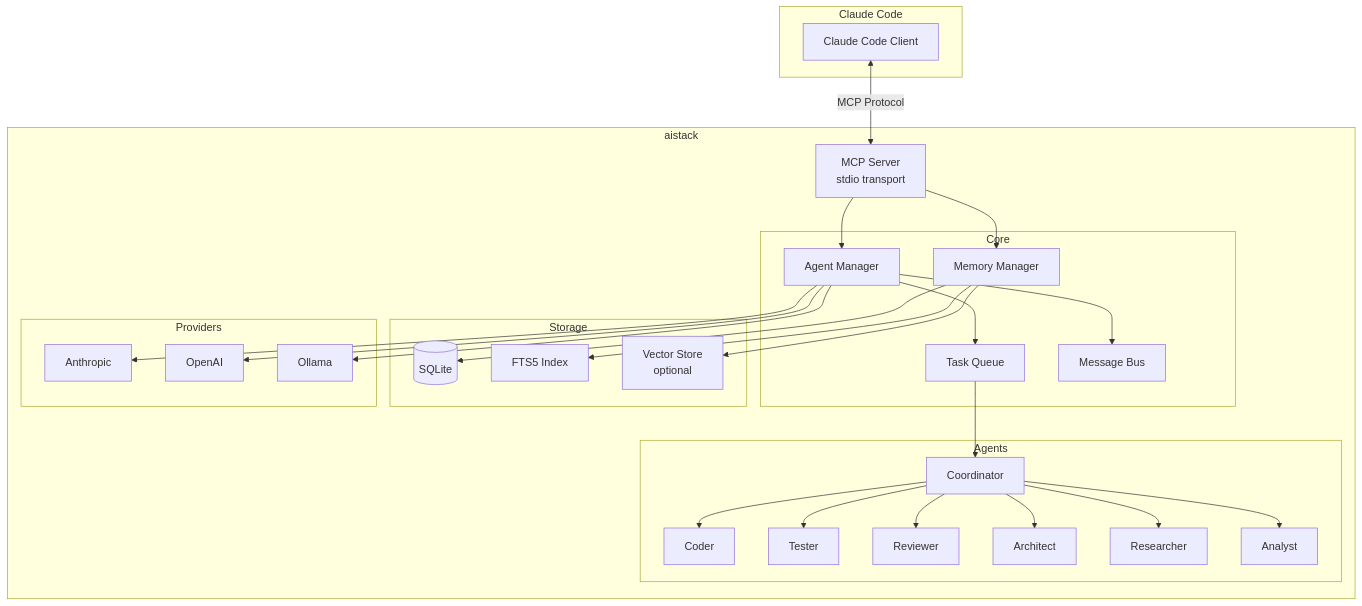
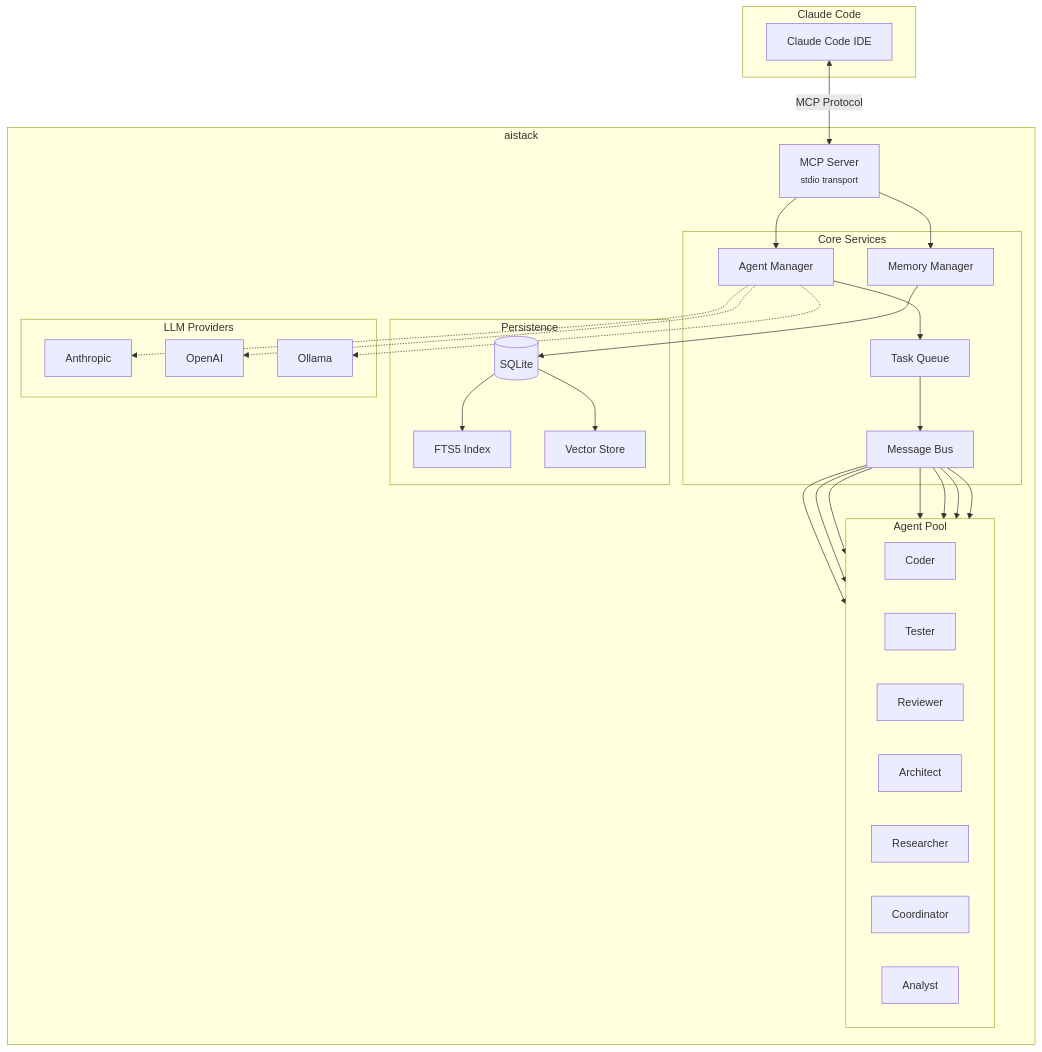
The first of 2 diagrams in README.md (blackms/aistack), drawn with Mermaid before and after one commit. The commit also changed other lines of this file, not shown here.

````diff
--- a/README.md
+++ b/README.md
@@ -65,58 +127,47 @@
 ```mermaid
 graph TB
     subgraph "Claude Code"
-        CC[Claude Code Client]
+        CC[Claude Code IDE]
     end
 
     subgraph "aistack"
-        MCP[MCP Server<br/>stdio transport]
+        MCP["MCP Server<br/><small>stdio transport</small>"]
 
-        subgraph "Core"
+        subgraph Core["Core Services"]
             AM[Agent Manager]
             MM[Memory Manager]
             TQ[Task Queue]
             MB[Message Bus]
         end
 
-        subgraph "Agents"
-            COORD[Coordinator]
-            CODER[Coder]
-            TEST[Tester]
-            REV[Reviewer]
-            ARCH[Architect]
-            RES[Researcher]
-            ANAL[Analyst]
+        subgraph Agents["Agent Pool"]
+            direction LR
+            A1[Coder]
+            A2[Tester]
+            A3[Reviewer]
+            A4[Architect]
+            A5[Researcher]
+            A6[Coordinator]
+            A7[Analyst]
         end
 
-        subgraph "Storage"
+        subgraph Storage["Persistence"]
             SQL[(SQLite)]
             FTS[FTS5 Index]
-            VEC[Vector Store<br/>optional]
+            VEC[Vector Store]
         end
 
-        subgraph "Providers"
+        subgraph Providers["LLM Providers"]
             ANT[Anthropic]
             OAI[OpenAI]
             OLL[Ollama]
         end
     end
 
-    CC <-->|MCP Protocol| MCP
-    MCP --> AM
-    MCP --> MM
-    AM --> TQ
-    AM --> MB
-    TQ --> COORD
-    COORD --> CODER
-    COORD --> TEST
-    COORD --> REV
-    COORD --> ARCH
-    COORD --> RES
-    COORD --> ANAL
-    MM --> SQL
-    MM --> FTS
-    MM --> VEC
-    AM --> ANT
-    AM --> OAI
-    AM --> OLL
+    CC <-->|"MCP Protocol"| MCP
+    MCP --> AM & MM
+    AM --> TQ --> MB
+    MB --> A1 & A2 & A3 & A4 & A5 & A6 & A7
+    MM --> SQL --> FTS & VEC
+    AM -.-> ANT & OAI & OLL
 ```
````
